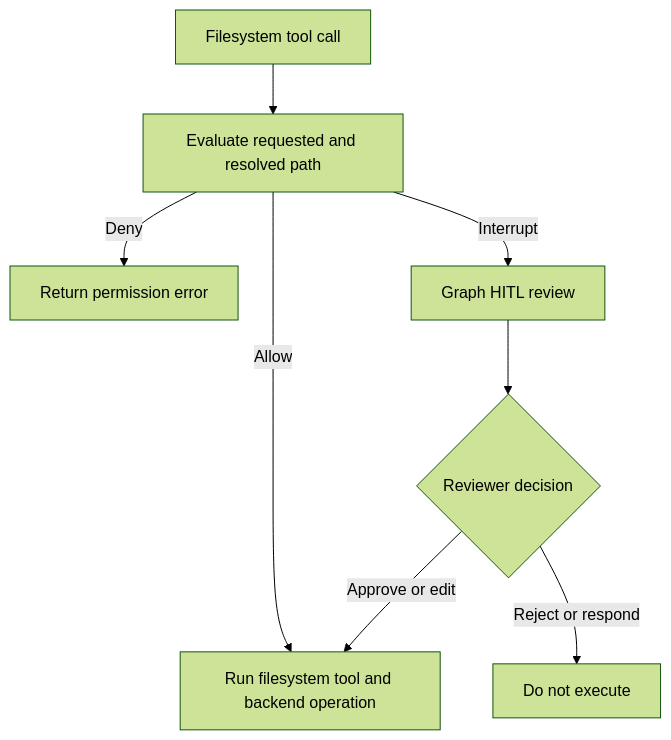
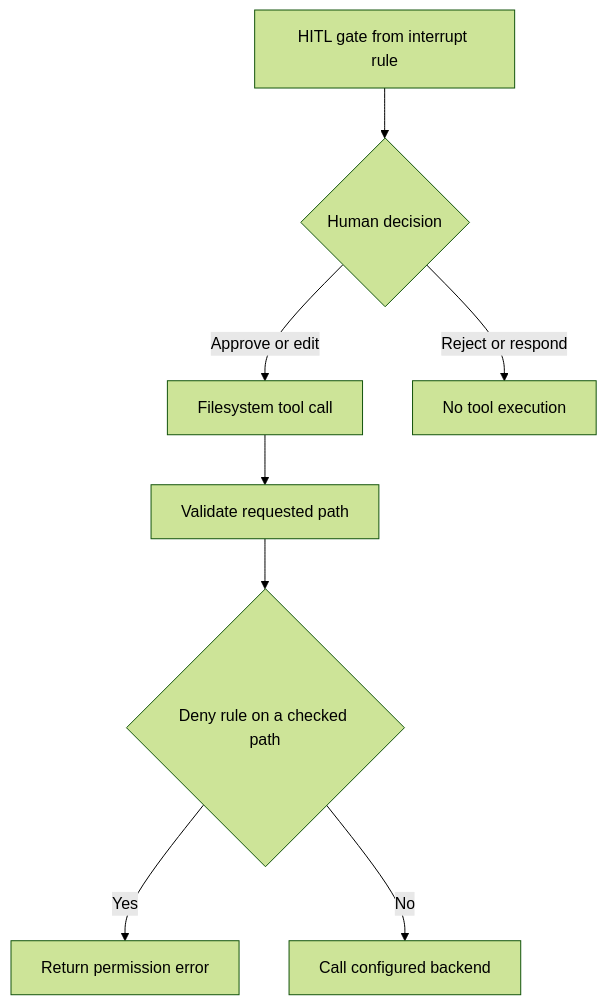
One commit to langchain-ai/deepagents changed the first of 2 diagrams in openwiki/concepts/permissions-hitl.md. Above: the diagram before and after it, drawn with Mermaid (forest theme). The commit also changed other lines of this file and 63 other files, not shown here.

````diff
--- a/openwiki/concepts/permissions-hitl.md
+++ b/openwiki/concepts/permissions-hitl.md
@@ -65,10 +45,10 @@
 ```mermaid
 flowchart TD
-    Call["Filesystem tool call"] --> Check["Evaluate requested and resolved path"]
-    Check -->|"Deny"| Error["Return permission error"]
-    Check -->|"Interrupt"| Review["Graph HITL review"]
-    Check -->|"Allow"| Run["Run filesystem tool and backend operation"]
-    Review --> Decision{"Reviewer decision"}
-    Decision -->|"Approve or edit"| Run
-    Decision -->|"Reject or respond"| Stop["Do not execute"]
+    Call["Filesystem tool call"] --> Validate["Validate requested path"]
+    Validate --> Deny{"Deny rule on a checked path"}
+    Deny -->|"Yes"| Error["Return permission error"]
+    Deny -->|"No"| Run["Call configured backend"]
+    Gate["HITL gate from interrupt rule"] --> Decision{"Human decision"}
+    Decision -->|"Approve or edit"| Call
+    Decision -->|"Reject or respond"| Stop["No tool execution"]
 ```
````
